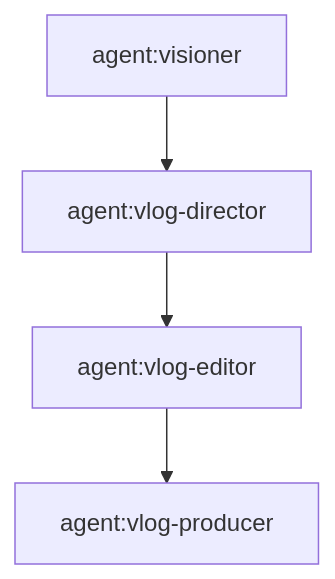
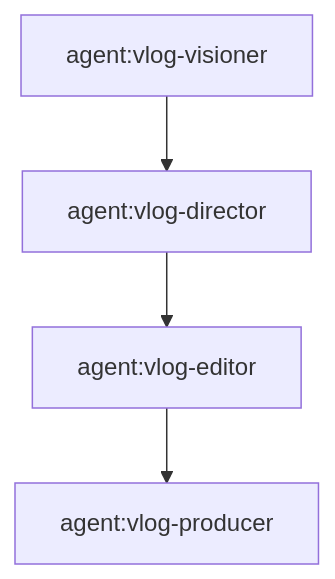
Before and after one commit to lalalic/neo: the diagram in skills/neo-project/SKILL.md, drawn with Mermaid. The commit also changed 20 other files, not shown here.

Commit message:
refactor(visioner): restore project-owned Vlog and Distribution roles

````diff
--- a/skills/neo-project/SKILL.md
+++ b/skills/neo-project/SKILL.md
@@ -34,6 +34,6 @@
 ```mermaid
 flowchart TD
-    vision[agent:visioner] --> direction[agent:vlog-director]
+    vision[agent:vlog-visioner] --> direction[agent:vlog-director]
     direction --> edit[agent:vlog-editor]
     edit --> produce[agent:vlog-producer]
 ```
````
